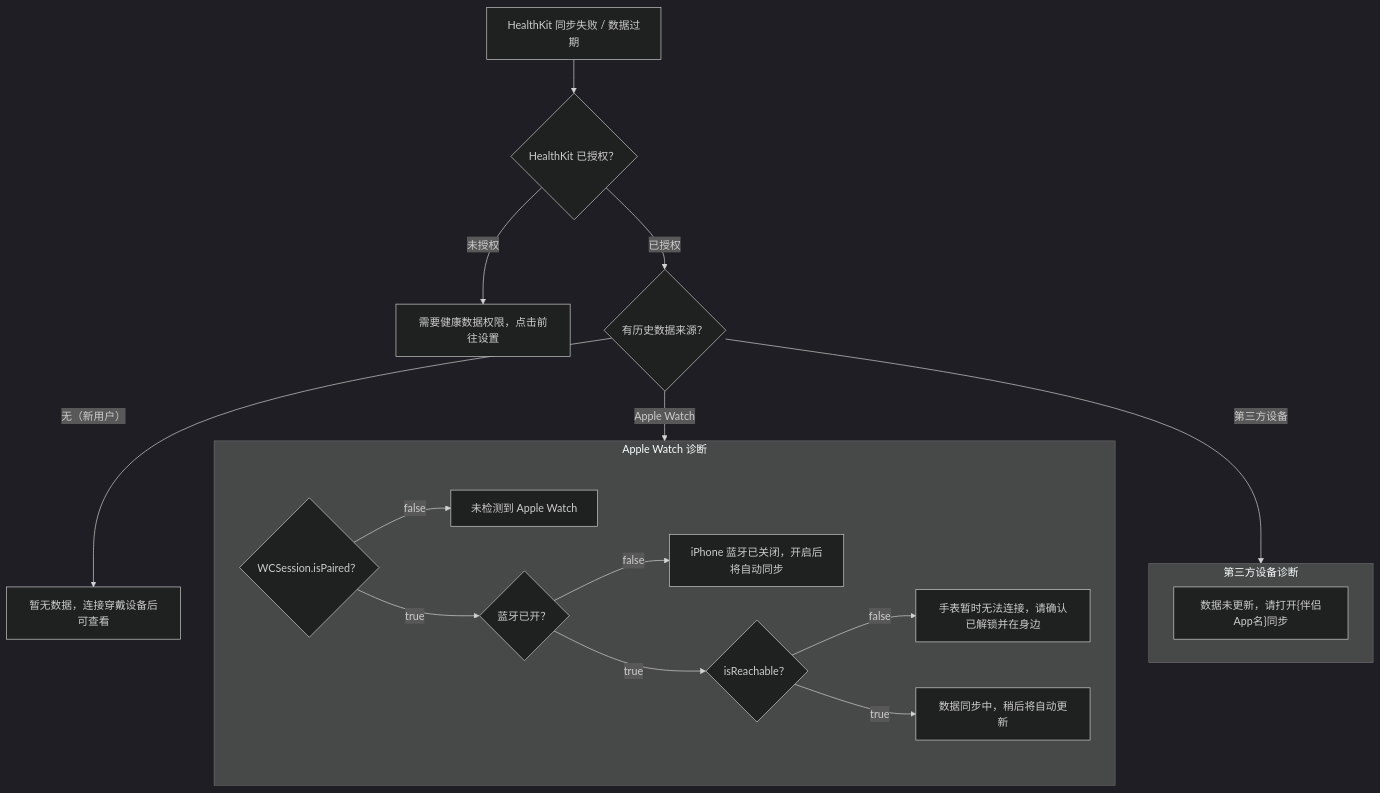
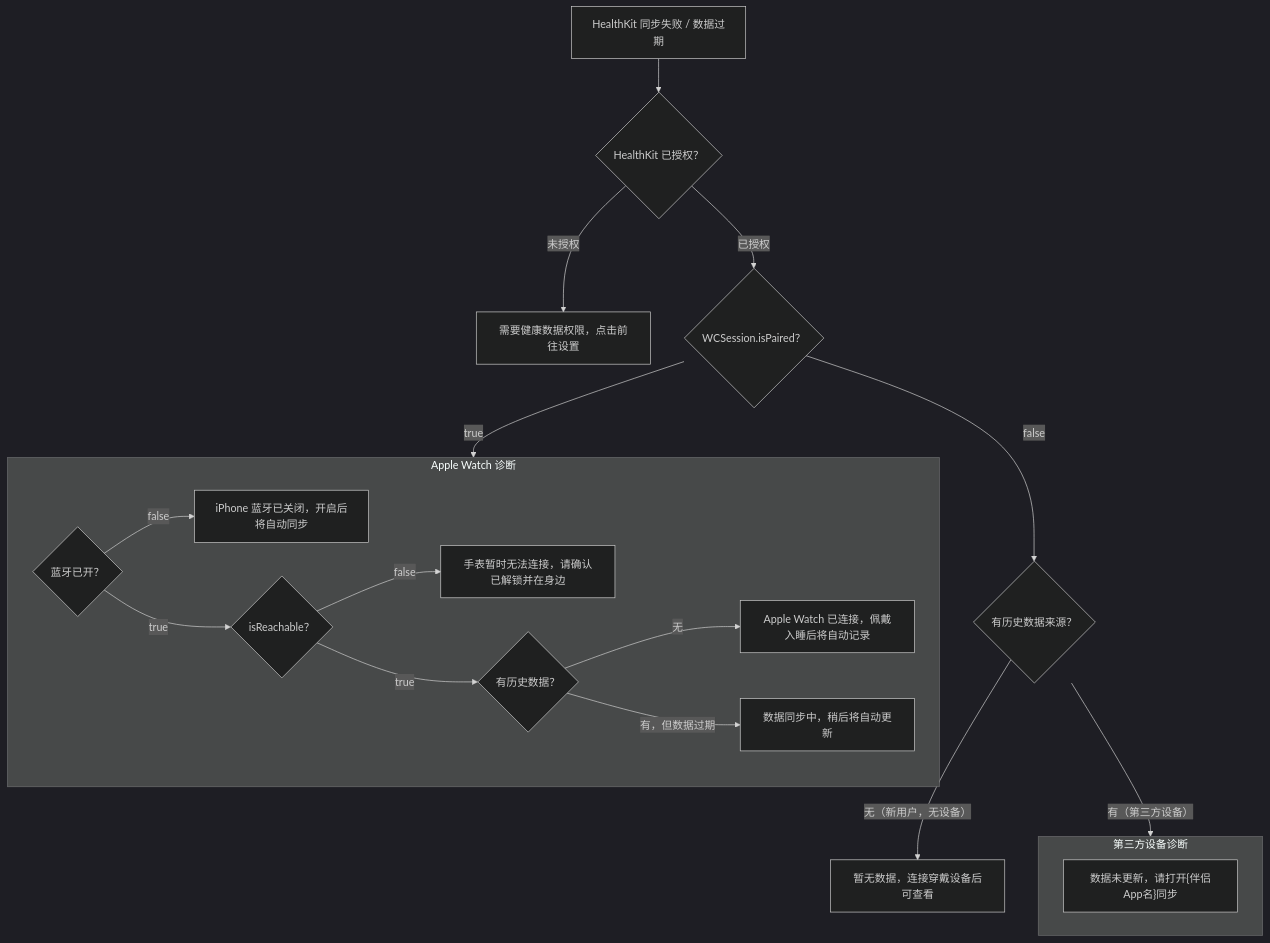
Before and after one commit to Trendolhxh/test: the third of 4 diagrams in prd/data-sync-status/data-sync-status-prd.md, drawn with Mermaid (dark theme). The commit also changed other lines of this file, not shown here.

````diff
--- a/prd/data-sync-status/data-sync-status-prd.md
+++ b/prd/data-sync-status/data-sync-status-prd.md
@@ -201,23 +204,26 @@
 ```mermaid
 flowchart TD
     START["HealthKit 同步失败 / 数据过期"] --> AUTH{"HealthKit 已授权？"}
     AUTH -->|未授权| A1["需要健康数据权限，点击前往设置"]
-    AUTH -->|已授权| SOURCE{"有历史数据来源？"}
+    AUTH -->|已授权| PAIRED{"WCSession.isPaired？"}
 
-    SOURCE -->|无（新用户）| A2["暂无数据，连接穿戴设备后可查看"]
-    SOURCE -->|Apple Watch| AW_FLOW
-    SOURCE -->|第三方设备| TP_FLOW
+    PAIRED -->|true| AW_FLOW
+    PAIRED -->|false| SOURCE{"有历史数据来源？"}
+
+    SOURCE -->|有（第三方设备）| TP_FLOW
+    SOURCE -->|无（新用户，无设备）| A2["暂无数据，连接穿戴设备后可查看"]
 
     subgraph AW_FLOW["Apple Watch 诊断"]
-        AW1{"WCSession.isPaired？"} -->|false| A3["未检测到 Apple Watch"]
-        AW1 -->|true| AW2{"蓝牙已开？"}
+        AW2{"蓝牙已开？"}
         AW2 -->|false| A4["iPhone 蓝牙已关闭，开启后将自动同步"]
         AW2 -->|true| AW3{"isReachable？"}
         AW3 -->|false| A5["手表暂时无法连接，请确认已解锁并在身边"]
-        AW3 -->|true| A6["数据同步中，稍后将自动更新"]
+        AW3 -->|true| AW4{"有历史数据？"}
+        AW4 -->|无| A7["Apple Watch 已连接，佩戴入睡后将自动记录"]
+        AW4 -->|有，但数据过期| A6["数据同步中，稍后将自动更新"]
     end
 
     subgraph TP_FLOW["第三方设备诊断"]
         TP1["数据未更新，请打开{伴侣App名}同步"]
     end
 ```
````
